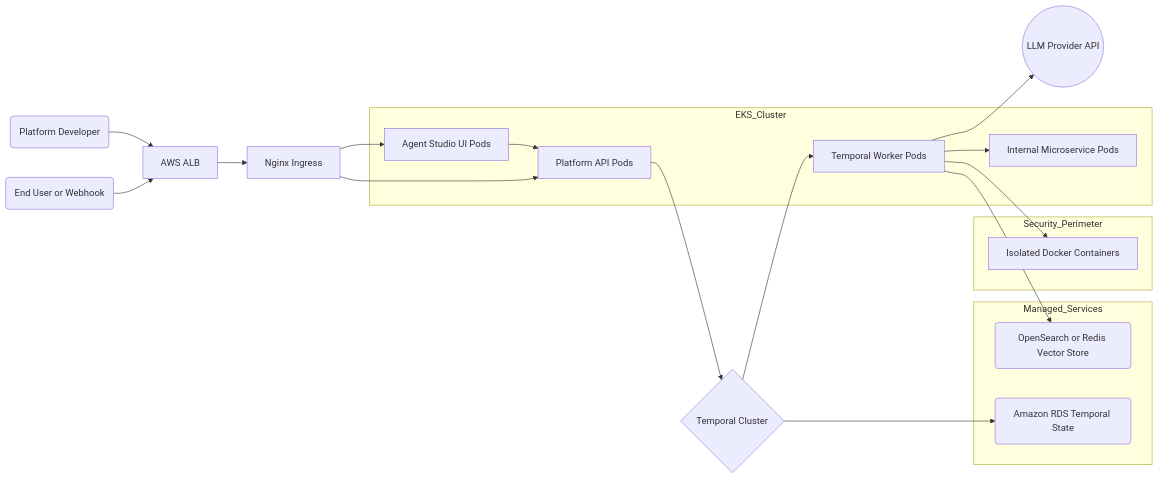
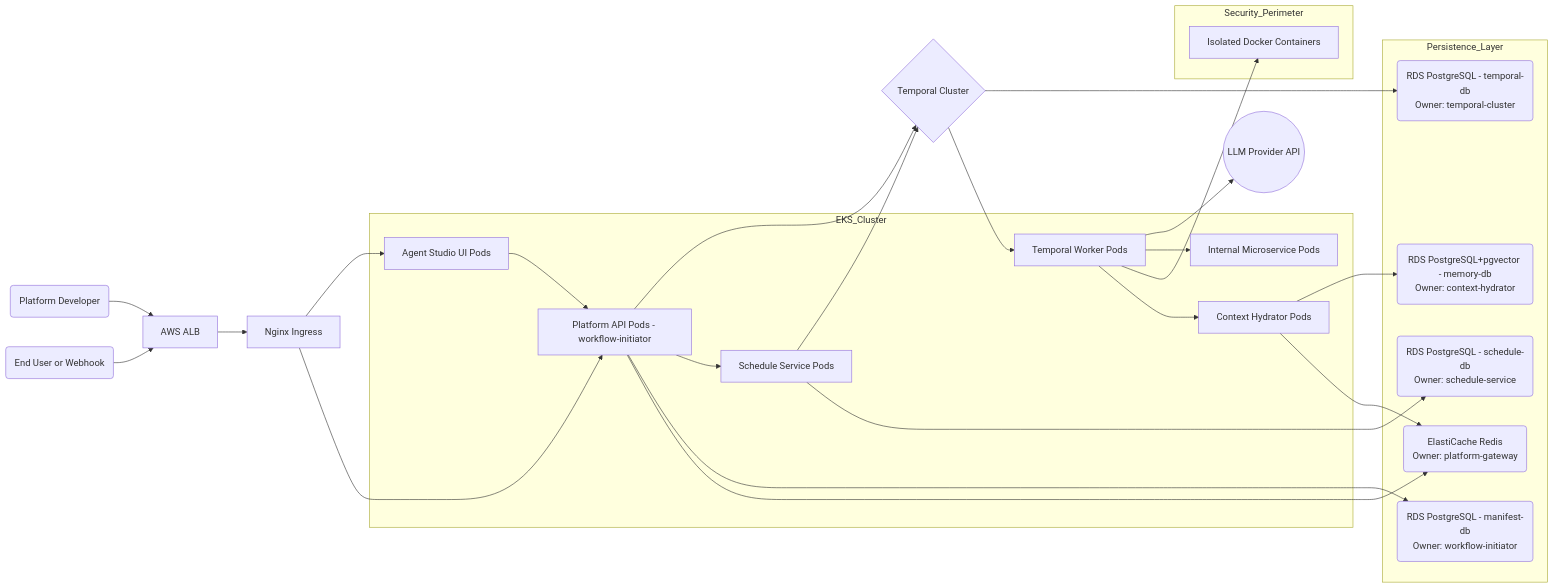
The second of 6 diagrams in architecture.md (rayarun/a1-agent-engine), drawn with Mermaid before and after one commit. The commit also changed other lines of this file and 2 other files, not shown here.

First line of the commit message:
Arch: Enforce database-per-service pattern and expand py-agent-core design

````diff
--- a/architecture.md
+++ b/architecture.md
@@ -78,33 +89,45 @@
 ```mermaid
 graph LR
     Developer(Platform Developer) --> ALB[AWS ALB]
     User(End User or Webhook) --> ALB
     ALB --> EKS_Ingress[Nginx Ingress]
 
     subgraph EKS_Cluster
         AdminUI_Pod[Agent Studio UI Pods]
-        API_Pod[Platform API Pods]
+        API_Pod[Platform API Pods - workflow-initiator]
         Worker_Pod[Temporal Worker Pods]
         Tool_Pod[Internal Microservice Pods]
+        Schedule_Pod[Schedule Service Pods]
+        Hydrator_Pod[Context Hydrator Pods]
     end
 
     subgraph Security_Perimeter
         Sandbox[Isolated Docker Containers]
     end
-    
-    subgraph Managed_Services
-        RDS(Amazon RDS Temporal State)
-        OpenSearch(OpenSearch or Redis Vector Store)
+
+    subgraph Persistence_Layer
+        GatewayCache(ElastiCache Redis\nOwner: platform-gateway)
+        ManifestRDS(RDS PostgreSQL - manifest-db\nOwner: workflow-initiator)
+        ScheduleRDS(RDS PostgreSQL - schedule-db\nOwner: schedule-service)
+        MemoryRDS(RDS PostgreSQL+pgvector - memory-db\nOwner: context-hydrator)
+        TemporalRDS(RDS PostgreSQL - temporal-db\nOwner: temporal-cluster)
     end
 
     EKS_Ingress --> AdminUI_Pod
     EKS_Ingress --> API_Pod
     AdminUI_Pod --> API_Pod
     API_Pod --> Temporal_Service{Temporal Cluster}
+    API_Pod --> Schedule_Pod
+    API_Pod --> ManifestRDS
+    API_Pod --> GatewayCache
+    Schedule_Pod --> Temporal_Service
+    Schedule_Pod --> ScheduleRDS
+    Temporal_Service --> TemporalRDS
     Temporal_Service --> Worker_Pod
     Worker_Pod --> LLM((LLM Provider API))
     Worker_Pod --> Tool_Pod
     Worker_Pod --> Sandbox
-    Temporal_Service --> RDS
-    Worker_Pod --> OpenSearch
+    Worker_Pod --> Hydrator_Pod
+    Hydrator_Pod --> MemoryRDS
+    Hydrator_Pod --> GatewayCache
 ```
````
